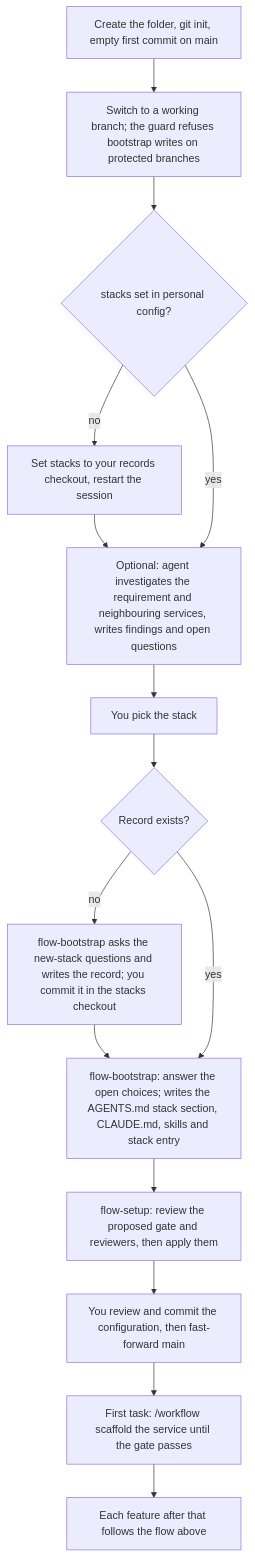
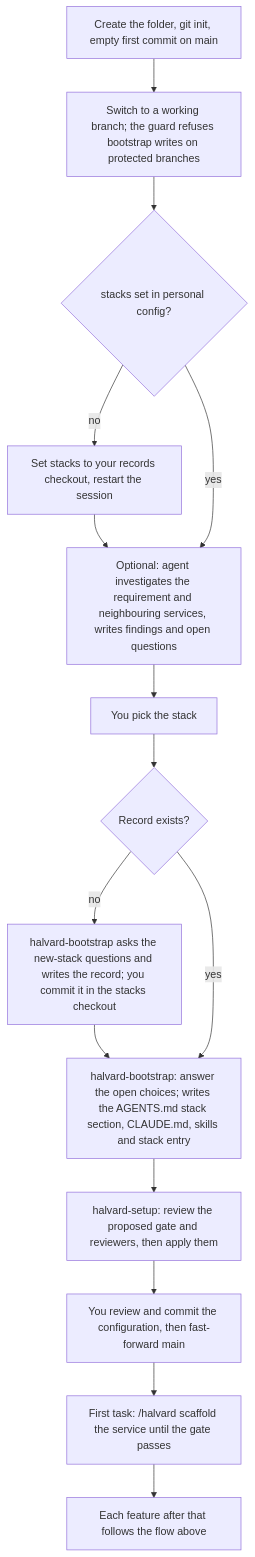
Before and after one commit to ghulando/agent-workflow: the second of 2 diagrams in docs/flow.md, drawn with Mermaid. The commit also changed other lines of this file and 74 other files, not shown here.

First line of the commit message:
Rename agent-workflow to Halvard

````diff
--- a/docs/flow.md
+++ b/docs/flow.md
@@ -46,17 +46,17 @@
 ```mermaid
 flowchart TD
     init["Create the folder, git init, empty first commit on main"] --> branch["Switch to a working branch; the guard refuses bootstrap writes on protected branches"]
     branch --> stacks{"stacks set in personal config?"}
     stacks -- no --> setstacks["Set stacks to your records checkout, restart the session"]
     setstacks --> investigate
     stacks -- yes --> investigate["Optional: agent investigates the requirement and neighbouring services, writes findings and open questions"]
     investigate --> choose["You pick the stack"]
     choose --> record{"Record exists?"}
-    record -- no --> newrec["flow-bootstrap asks the new-stack questions and writes the record; you commit it in the stacks checkout"]
+    record -- no --> newrec["halvard-bootstrap asks the new-stack questions and writes the record; you commit it in the stacks checkout"]
     newrec --> bootstrap
-    record -- yes --> bootstrap["flow-bootstrap: answer the open choices; writes the AGENTS.md stack section, CLAUDE.md, skills and stack entry"]
-    bootstrap --> setup["flow-setup: review the proposed gate and reviewers, then apply them"]
+    record -- yes --> bootstrap["halvard-bootstrap: answer the open choices; writes the AGENTS.md stack section, CLAUDE.md, skills and stack entry"]
+    bootstrap --> setup["halvard-setup: review the proposed gate and reviewers, then apply them"]
     setup --> commit["You review and commit the configuration, then fast-forward main"]
-    commit --> scaffold["First task: /workflow scaffold the service until the gate passes"]
+    commit --> scaffold["First task: /halvard scaffold the service until the gate passes"]
     scaffold --> features["Each feature after that follows the flow above"]
 ```
````
